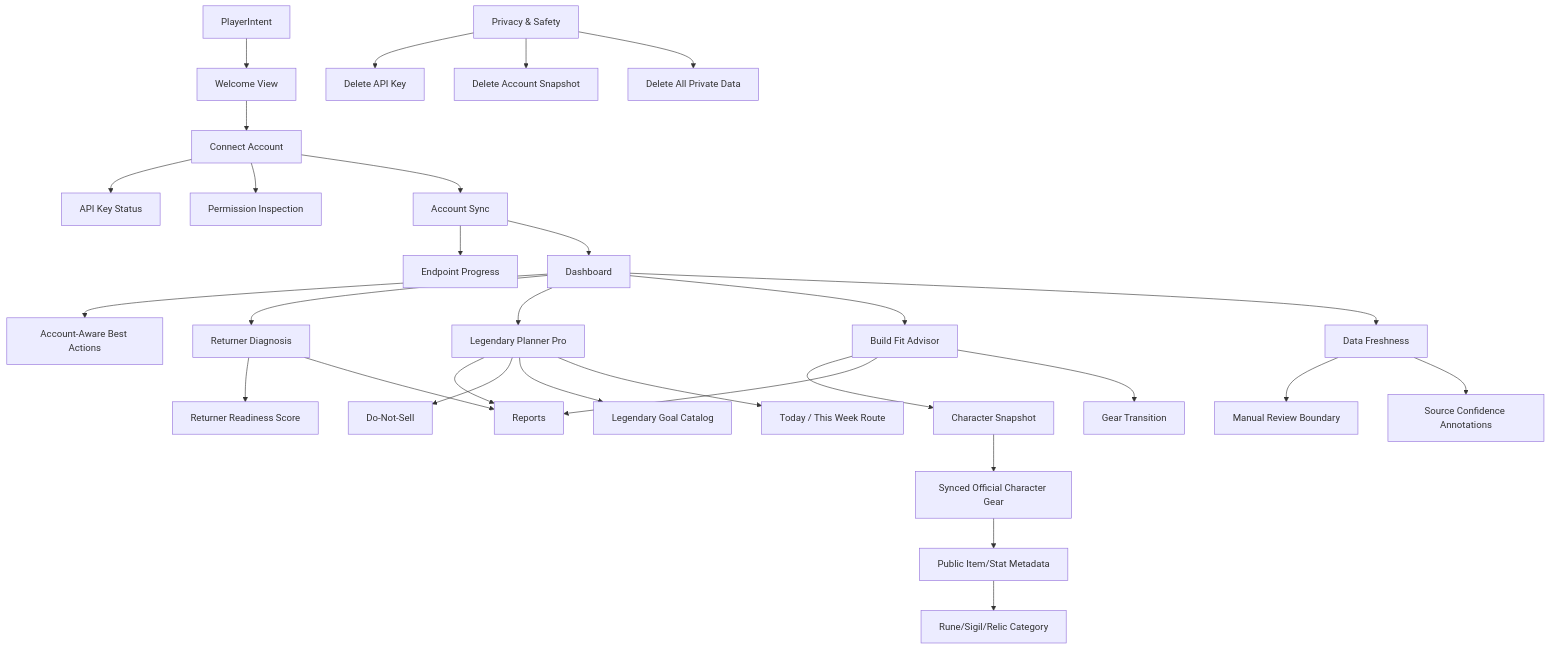
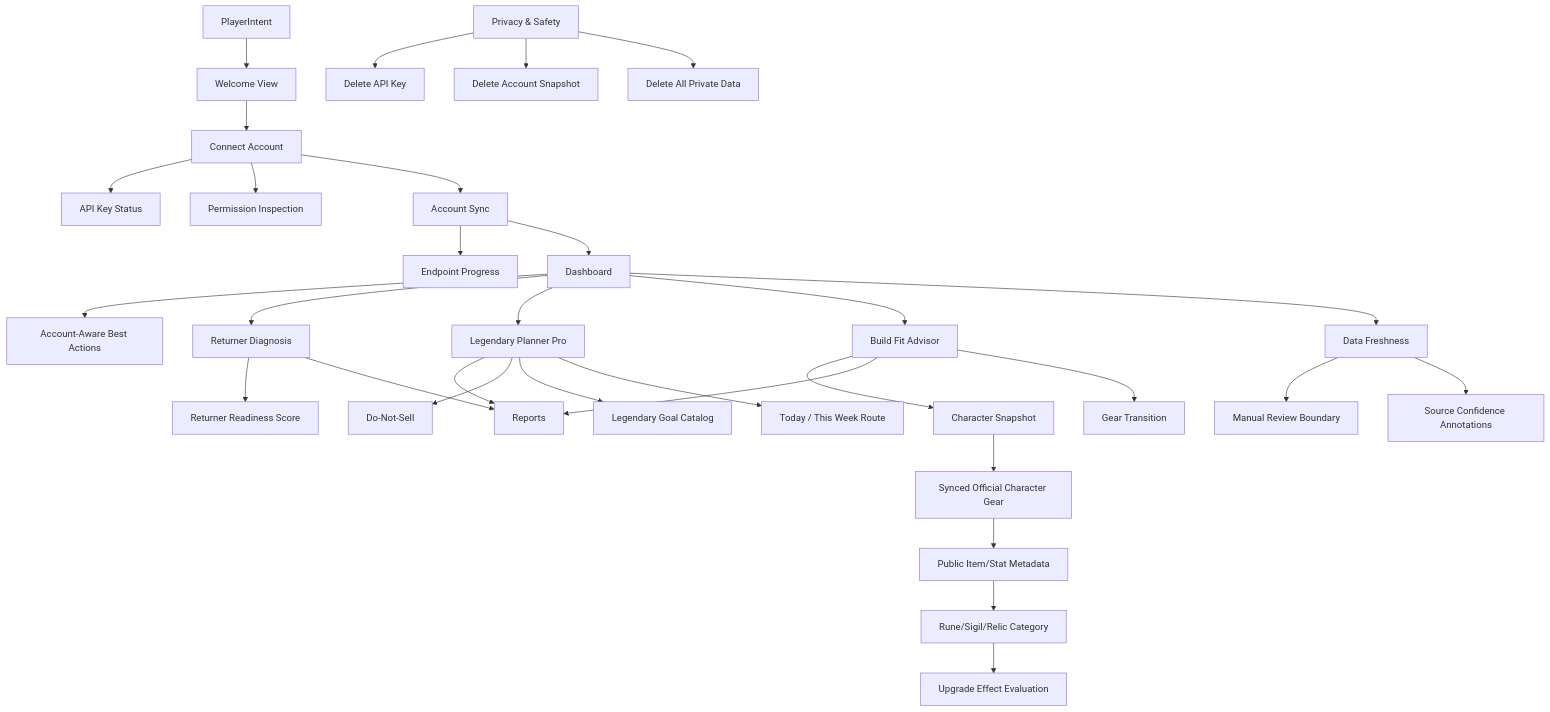
The diagram in docs/ui/PLAYER_UI_SEMANTIC_GRAPH_AUDIT.md (johnslee1207-commits/gw2radar), drawn with Mermaid before and after one commit. The commit also changed other lines of this file and 5 other files, not shown here.

````diff
--- a/docs/ui/PLAYER_UI_SEMANTIC_GRAPH_AUDIT.md
+++ b/docs/ui/PLAYER_UI_SEMANTIC_GRAPH_AUDIT.md
@@ -9,32 +9,33 @@
 ```mermaid
 graph TD
   PlayerIntent["PlayerIntent"] --> Welcome["Welcome View"]
   Welcome --> Connect["Connect Account"]
   Connect --> AccountKey["API Key Status"]
   Connect --> PermissionInspection["Permission Inspection"]
   Connect --> AccountSync["Account Sync"]
   AccountSync --> EndpointProgress["Endpoint Progress"]
   AccountSync --> Dashboard["Dashboard"]
   Dashboard --> BestActions["Account-Aware Best Actions"]
   Dashboard --> Returner["Returner Diagnosis"]
   Returner --> ReturnerReadiness["Returner Readiness Score"]
   Dashboard --> Legendary["Legendary Planner Pro"]
   Dashboard --> BuildFit["Build Fit Advisor"]
   BuildFit --> CharacterSnapshot["Character Snapshot"]
   CharacterSnapshot --> SyncedCharacterGear["Synced Official Character Gear"]
   SyncedCharacterGear --> PublicItemMetadata["Public Item/Stat Metadata"]
   PublicItemMetadata --> GearSemanticCategory["Rune/Sigil/Relic Category"]
+  GearSemanticCategory --> UpgradeEffectEvaluation["Upgrade Effect Evaluation"]
   Dashboard --> Freshness["Data Freshness"]
   Returner --> ReportCenter["Reports"]
   Legendary --> ReportCenter
   BuildFit --> ReportCenter
   Legendary --> DoNotSell["Do-Not-Sell"]
   Legendary --> LegendaryGoalCatalog["Legendary Goal Catalog"]
   Legendary --> LegendaryWeeklyRoute["Today / This Week Route"]
   BuildFit --> GearTransition["Gear Transition"]
   Freshness --> SafetyBoundary["Manual Review Boundary"]
   Freshness --> SourceConfidence["Source Confidence Annotations"]
   Privacy["Privacy & Safety"] --> DeleteKey["Delete API Key"]
   Privacy --> DeleteSnapshot["Delete Account Snapshot"]
   Privacy --> DeleteAllPrivate["Delete All Private Data"]
 ```
````
